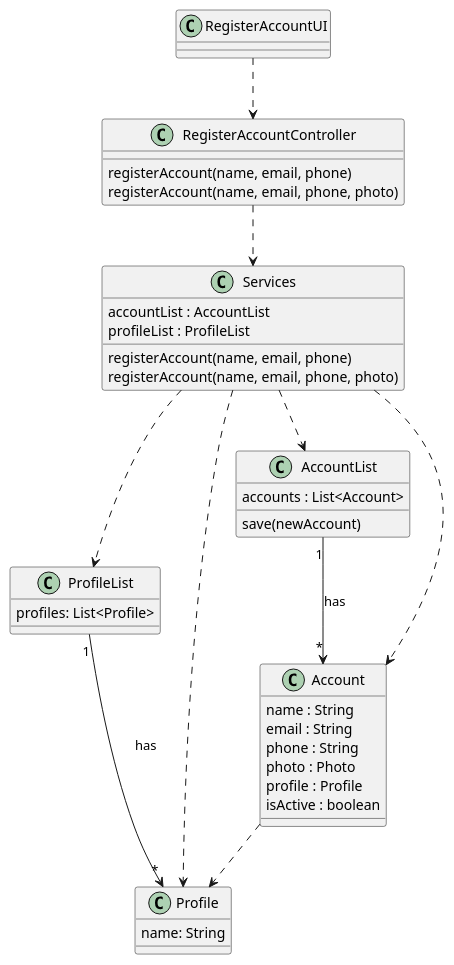
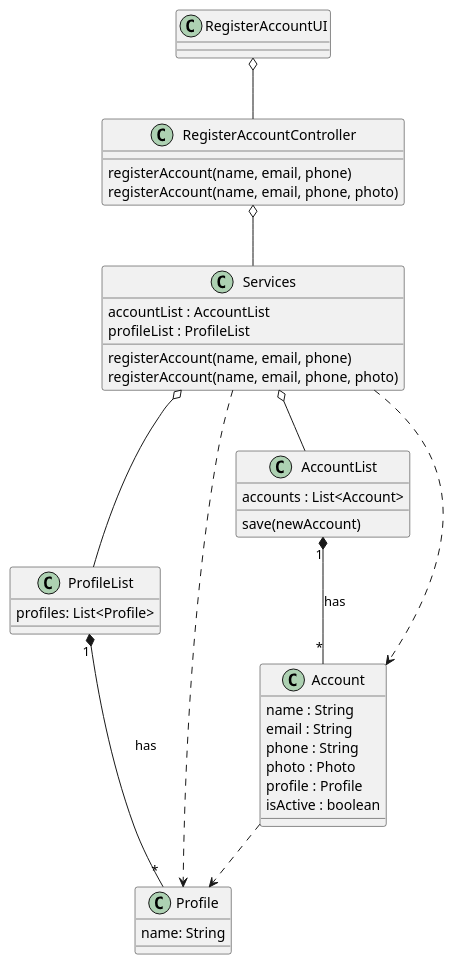
The diagram in docs/modelling_design/user_stories/us002/US002_RegisterUserCD.puml (ivo-menezes/project_g3), drawn with PlantUML before and after one commit.

Commit message:
US002:Design: US002_RegisterUserCD (Update)

```diff
--- a/docs/modelling_design/user_stories/us002/US002_RegisterUserCD.puml
+++ b/docs/modelling_design/user_stories/us002/US002_RegisterUserCD.puml
@@ -1,49 +1,49 @@
 @startuml
 
 class RegisterAccountUI {}
 
 class RegisterAccountController {
 registerAccount(name, email, phone)
 registerAccount(name, email, phone, photo)
 }
 
 class Services {
 accountList : AccountList
 profileList : ProfileList
 registerAccount(name, email, phone)
 registerAccount(name, email, phone, photo)
 }
 
 class ProfileList {
 profiles: List<Profile>
 }
 
 class AccountList {
 accounts : List<Account>
 save(newAccount)
 }
 
 class Profile {
 name: String
 }
 
 class Account {
 name : String
 email : String
 phone : String
 photo : Photo
 profile : Profile
 isActive : boolean
 }
 
-RegisterAccountUI ..> RegisterAccountController
-RegisterAccountController ..> Services
-Services ..> ProfileList
+RegisterAccountUI o-- RegisterAccountController
+RegisterAccountController o-- Services
+Services o-- ProfileList
 Services ..> Profile
-Services ..> AccountList
+Services o-- AccountList
 Services ..> Account
 Account ..> Profile
-AccountList "1" --> "*" Account : has
-ProfileList "1" --> "*" Profile : has
+AccountList "1" *-- "*" Account : has
+ProfileList "1" *-- "*" Profile : has
 
 @enduml
```
